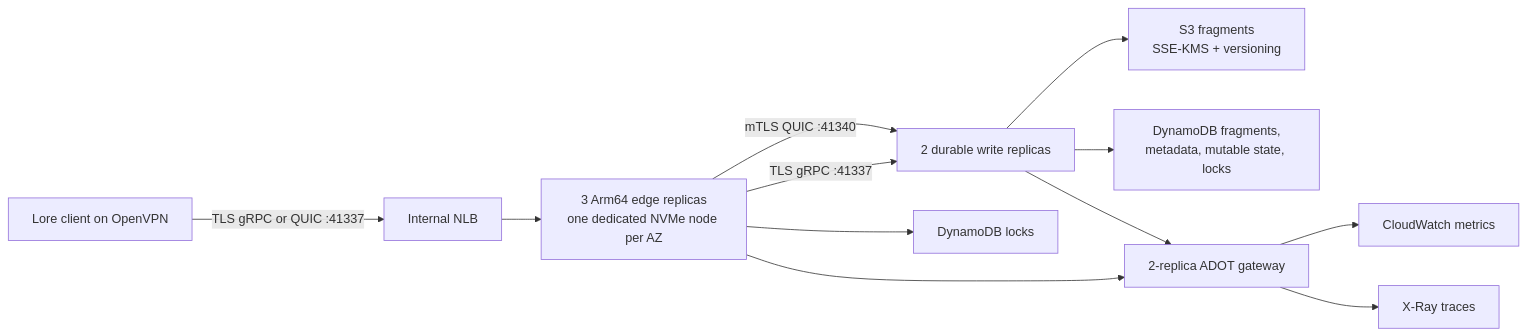
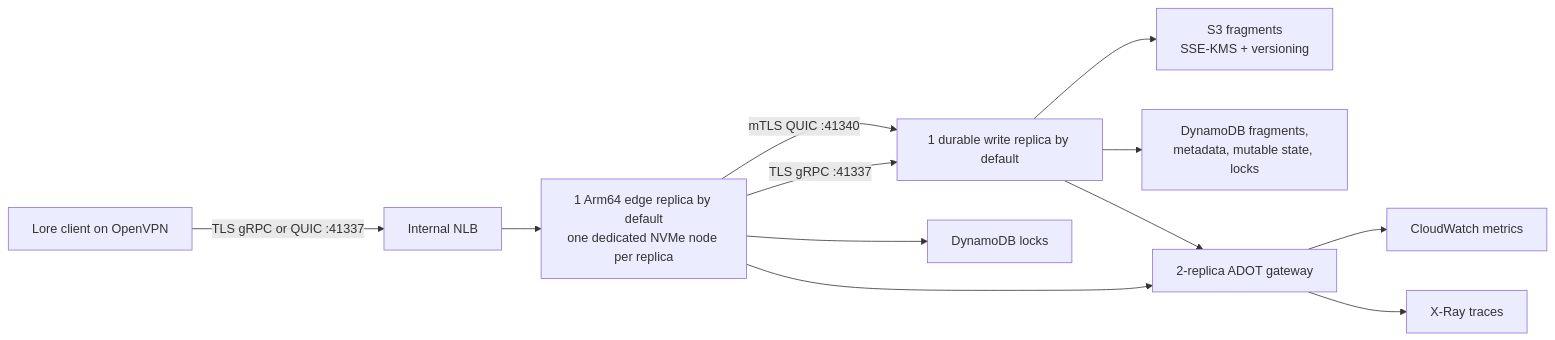
One commit to UnrealOps/infrastructure changed the diagram in docs/lore-deployment.md. Above: the diagram before and after it, drawn with Mermaid. The commit also changed other lines of this file and 21 other files, not shown here.

````diff
--- a/docs/lore-deployment.md
+++ b/docs/lore-deployment.md
@@ -10,14 +10,14 @@
 ```mermaid
 flowchart LR
     Client["Lore client on OpenVPN"] -->|"TLS gRPC or QUIC :41337"| NLB["Internal NLB"]
-    NLB --> Edge["3 Arm64 edge replicas\none dedicated NVMe node per AZ"]
-    Edge -->|"mTLS QUIC :41340"| Write["2 durable write replicas"]
+    NLB --> Edge["1 Arm64 edge replica by default\none dedicated NVMe node per replica"]
+    Edge -->|"mTLS QUIC :41340"| Write["1 durable write replica by default"]
     Edge -->|"TLS gRPC :41337"| Write
     Edge --> Locks["DynamoDB locks"]
     Write --> S3["S3 fragments\nSSE-KMS + versioning"]
     Write --> Tables["DynamoDB fragments,\nmetadata, mutable state, locks"]
     Edge --> OTEL["2-replica ADOT gateway"]
     Write --> OTEL
     OTEL --> CW["CloudWatch metrics"]
     OTEL --> XRay["X-Ray traces"]
 ```
````
